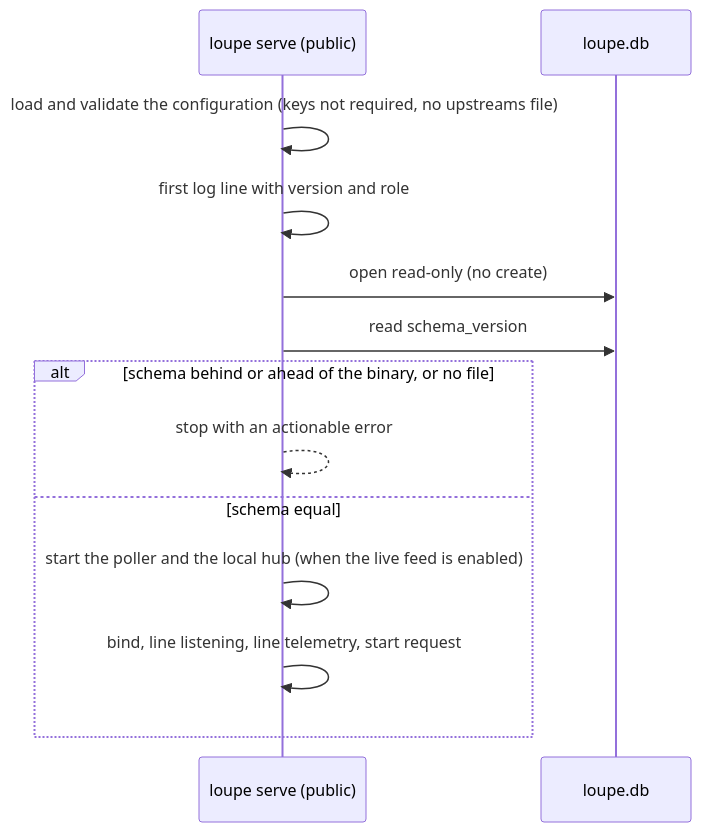
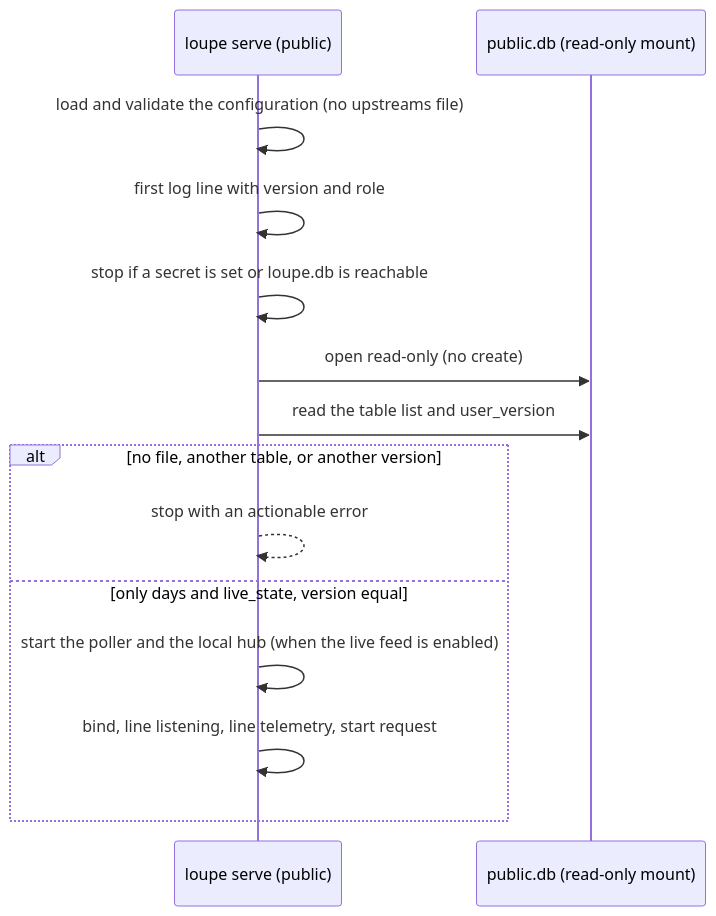
Before and after one commit to desek/agentloupe: the third of 4 diagrams in docs/cr/CR-0028-public-instance.md, drawn with Mermaid. The commit also changed other lines of this file, not shown here.

Commit message:
docs(cr): CR-0028 amended so the public instance has no access to non-public data, proposed (CR-0028)

````diff
--- a/docs/cr/CR-0028-public-instance.md
+++ b/docs/cr/CR-0028-public-instance.md
@@ -94,15 +103,16 @@
 ```mermaid
 sequenceDiagram
   participant S as loupe serve (public)
-  participant D as loupe.db
-  S->>S: load and validate the configuration (keys not required, no upstreams file)
+  participant D as public.db (read-only mount)
+  S->>S: load and validate the configuration (no upstreams file)
   S->>S: first log line with version and role
+  S->>S: stop if a secret is set or loupe.db is reachable
   S->>D: open read-only (no create)
-  S->>D: read schema_version
-  alt schema behind or ahead of the binary, or no file
+  S->>D: read the table list and user_version
+  alt no file, another table, or another version
     S-->>S: stop with an actionable error
-  else schema equal
+  else only days and live_state, version equal
     S->>S: start the poller and the local hub (when the live feed is enabled)
     S->>S: bind, line listening, line telemetry, start request
   end
 ```
````
